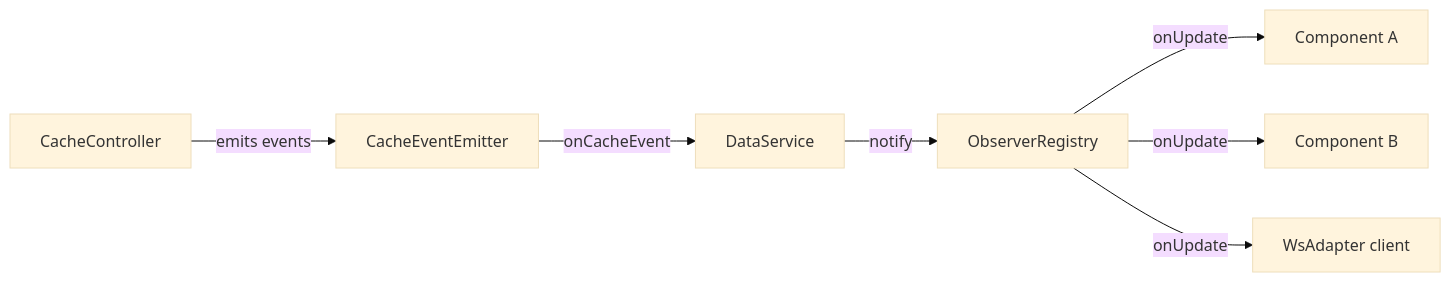
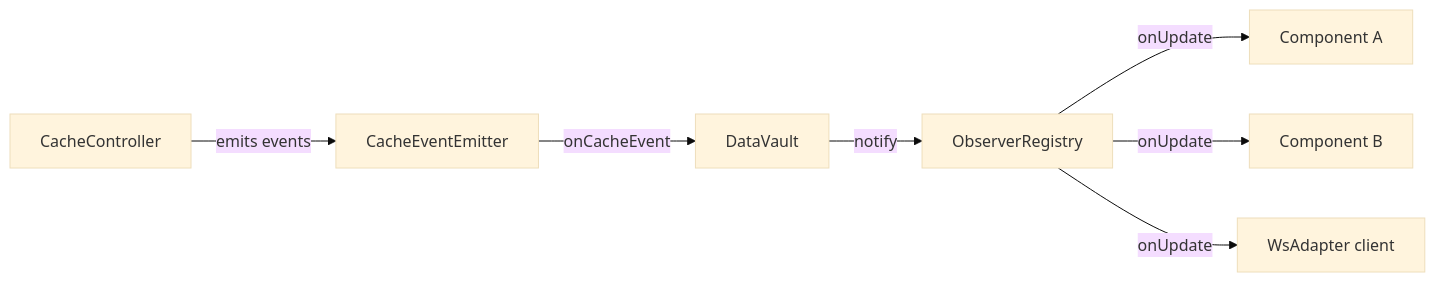
One commit to BanditIntInc/DataVault changed the third of 3 diagrams in wiki/Design-Patterns.md. Above: the diagram before and after it, drawn with Mermaid (base theme). The commit also changed other lines of this file and 23 other files, not shown here.

Commit message:
refactor: rename DataService → DataVault throughout

````diff
--- a/wiki/Design-Patterns.md
+++ b/wiki/Design-Patterns.md
@@ -145,9 +145,9 @@
 ```mermaid
 graph LR
     CC[CacheController] -->|emits events| EE[CacheEventEmitter]
-    EE -->|onCacheEvent| DS[DataService]
+    EE -->|onCacheEvent| DS[DataVault]
     DS -->|notify| OR[ObserverRegistry]
     OR -->|onUpdate| C1[Component A]
     OR -->|onUpdate| C2[Component B]
     OR -->|onUpdate| C3[WsAdapter client]
 ```
````
